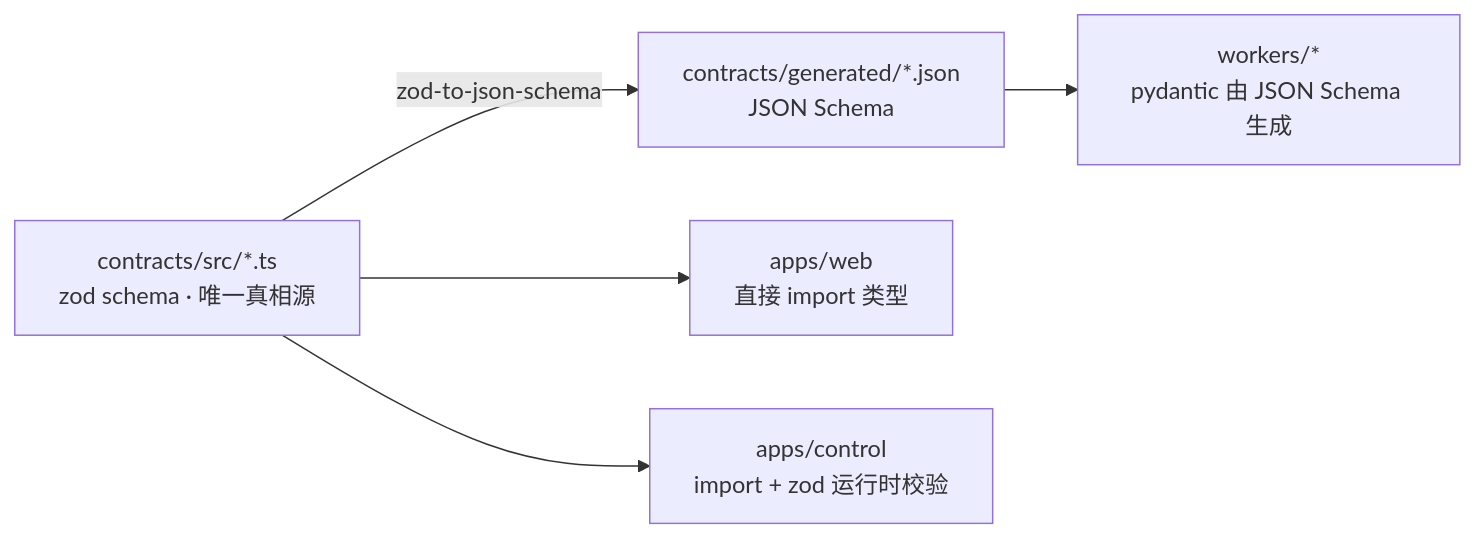
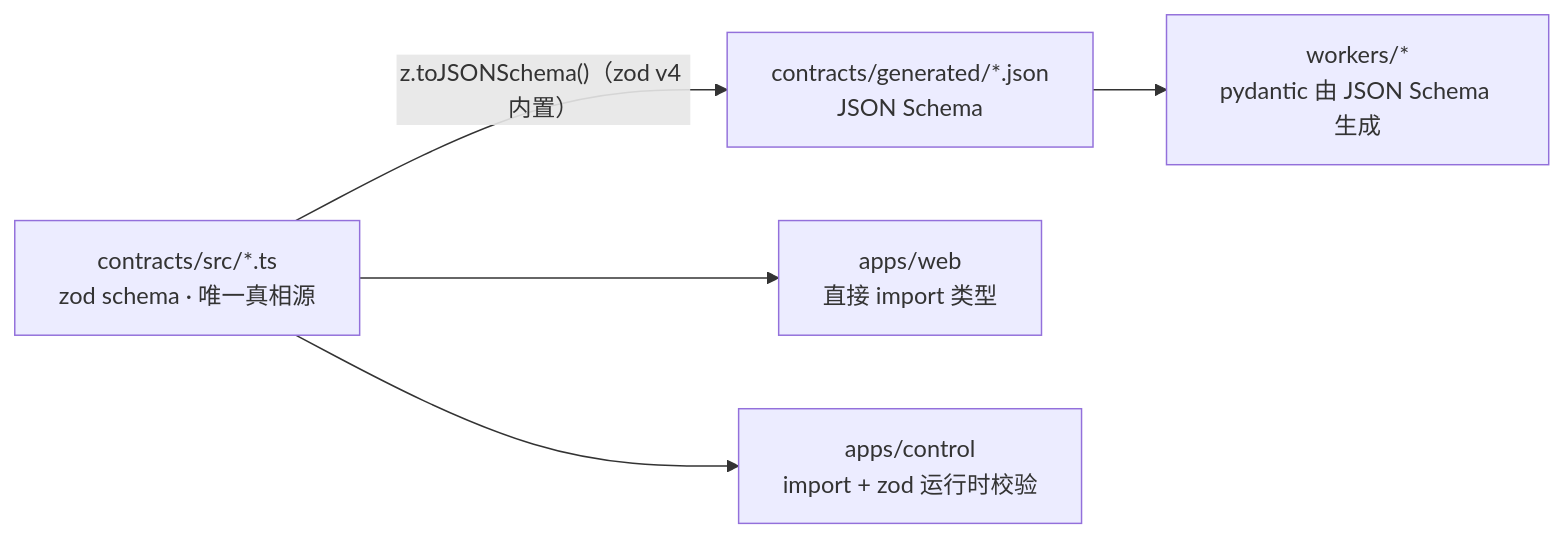
One commit to JasonZQH/AI-Drama-NA changed the second of 5 diagrams in docs/_src/01-architecture.md. Above: the diagram before and after it, drawn with Mermaid. The commit also changed other lines of this file and 21 other files, not shown here.

First line of the commit message:
docs: ADR 断链 + 六份文档标注「已交付 vs 蓝图」（PR-K/L）

````diff
--- a/docs/_src/01-architecture.md
+++ b/docs/_src/01-architecture.md
@@ -92,12 +96,12 @@
 ```mermaid
 flowchart LR
     A["contracts/src/*.ts<br/>zod schema · 唯一真相源"]
     B["contracts/generated/*.json<br/>JSON Schema"]
     W["apps/web<br/>直接 import 类型"]
     C["apps/control<br/>import + zod 运行时校验"]
     P["workers/*<br/>pydantic 由 JSON Schema 生成"]
-    A -->|"zod-to-json-schema"| B
+    A -->|"z.toJSONSchema()（zod v4 内置）"| B
     A --> W
     A --> C
     B --> P
 ```
````
